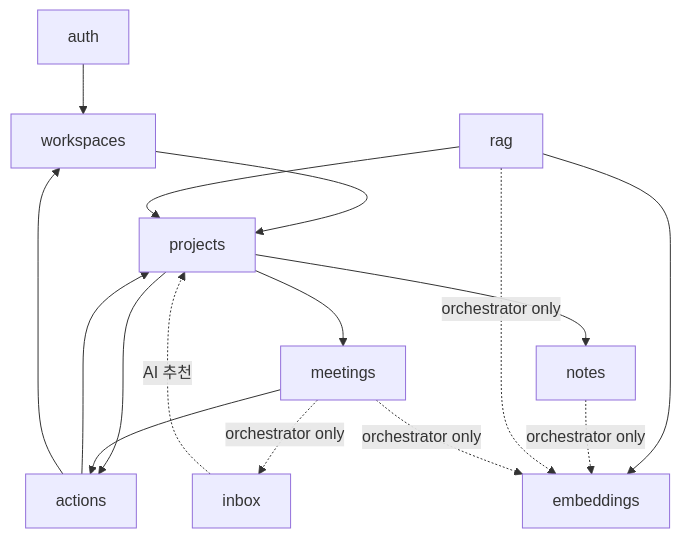
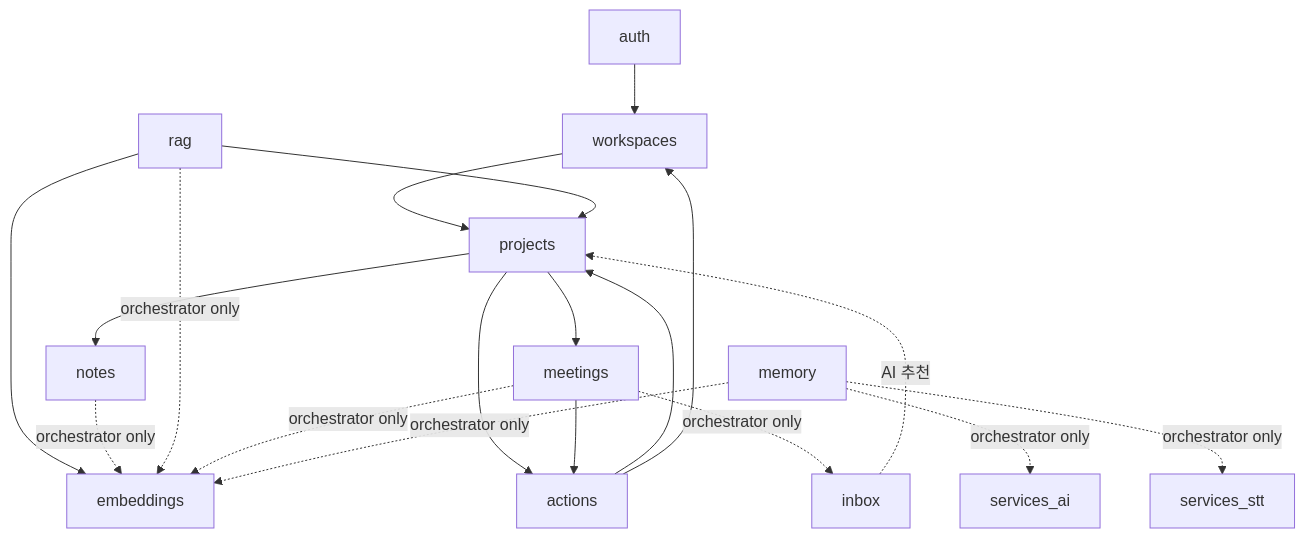
Before and after one commit to woosung-dev/kairos: the diagram in CONTEXT-MAP.md, drawn with Mermaid. The commit also changed other lines of this file and 2 other files, not shown here.

First line of the commit message:
docs(stage-5-1): memory 모듈 audit — CONTEXT-MAP 갱신 + memory/CONTEXT.md 신설 + BL-005~010 등재

````diff
--- a/CONTEXT-MAP.md
+++ b/CONTEXT-MAP.md
@@ -111,18 +122,21 @@
 ```mermaid
 graph TD
   auth[auth] --> workspaces
   workspaces --> projects
   projects --> notes
   projects --> actions
   projects --> meetings
   meetings --> actions
   actions --> projects
   actions --> workspaces
   inbox -.AI 추천.-> projects
   rag --> embeddings
   rag --> projects
   notes -. orchestrator only .-> embeddings
   rag -. orchestrator only .-> embeddings
   meetings -. orchestrator only .-> inbox
   meetings -. orchestrator only .-> embeddings
+  memory -. orchestrator only .-> embeddings
+  memory -. orchestrator only .-> services_ai
+  memory -. orchestrator only .-> services_stt
 ```
````
